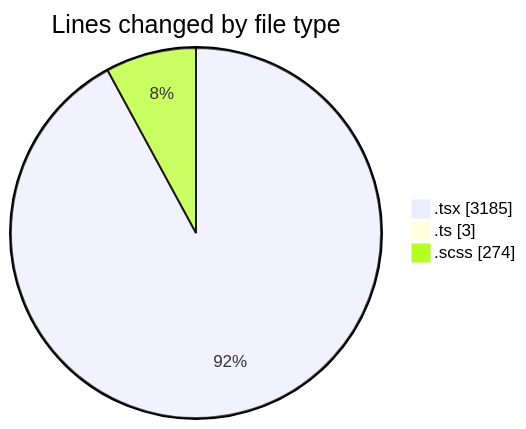
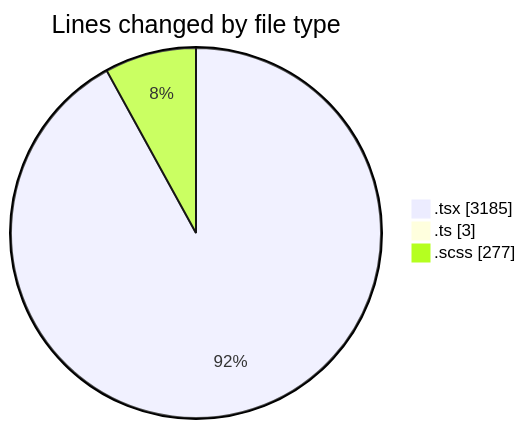
One commit to momahboobian/code-tracking changed the first of 2 diagrams in 2025-11-17/cda/README.md. Above: the diagram before and after it, drawn with Mermaid. The commit also changed other lines of this file and 1 other file, not shown here.

````diff
--- a/2025-11-17/cda/README.md
+++ b/2025-11-17/cda/README.md
@@ -25,7 +25,7 @@
 ```mermaid
 pie showData
 title Lines changed by file type
 ".tsx" : 3185
 ".ts" : 3
-".scss" : 274
+".scss" : 277
 ```
````
